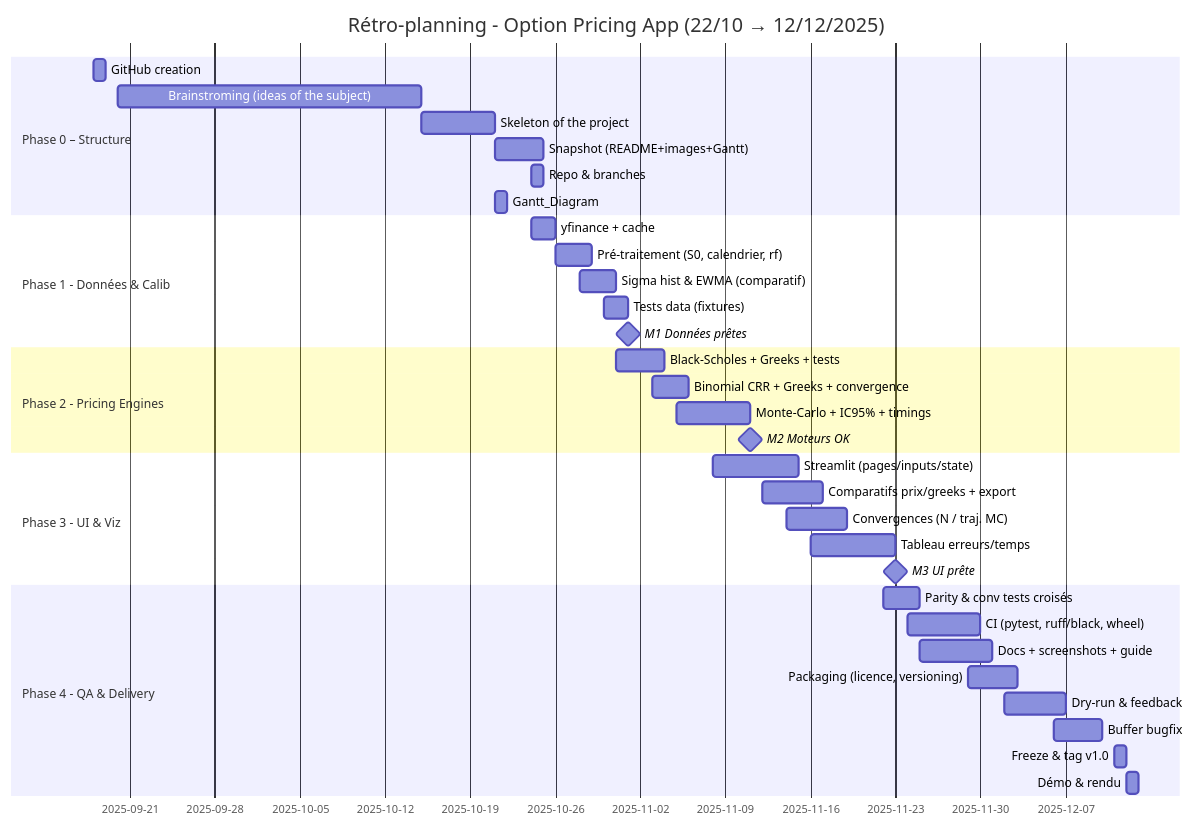
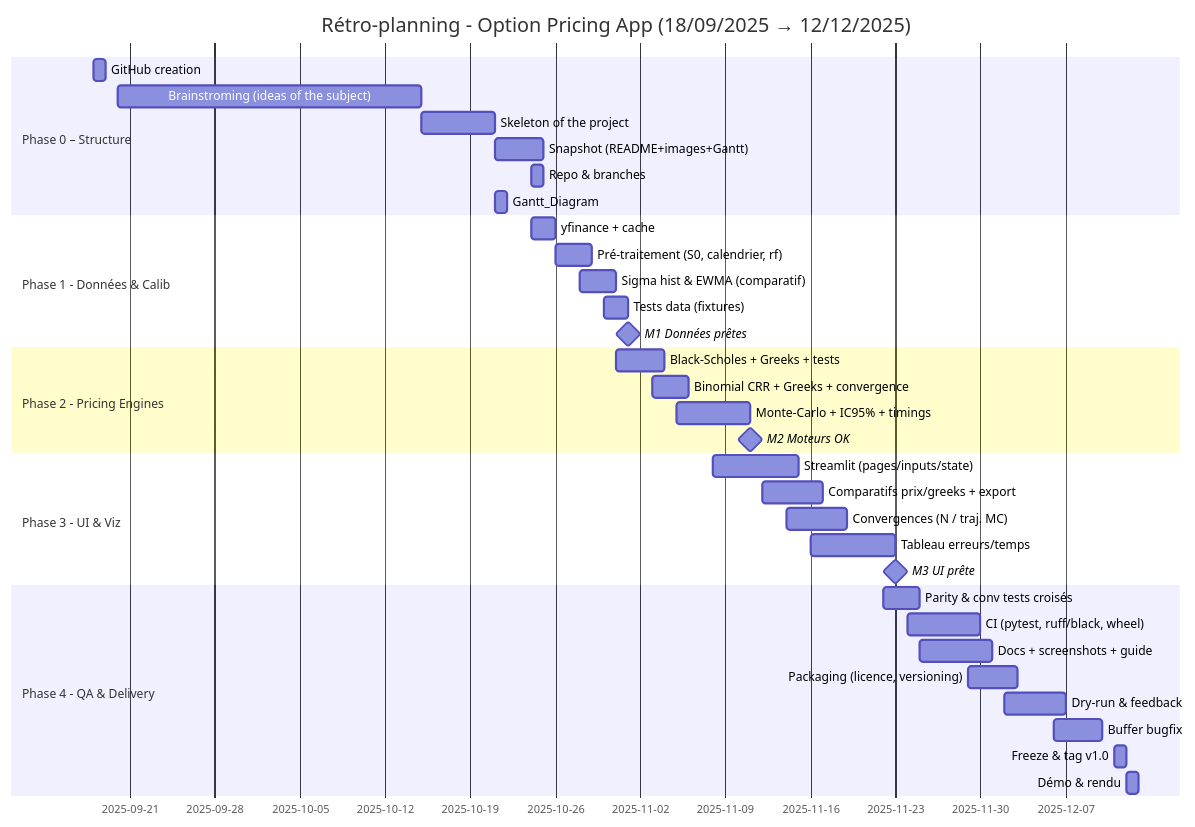
Before and after one commit to Karam-Benameur/stream_options: the diagram in roadmap/Gantt_Diagram.md, drawn with Mermaid. The commit also changed other lines of this file, not shown here.

````diff
--- a/roadmap/Gantt_Diagram.md
+++ b/roadmap/Gantt_Diagram.md
@@ -2,45 +2,45 @@
 ```mermaid
 gantt
-    title Rétro-planning - Option Pricing App (22/10 → 12/12/2025)
+    title Rétro-planning - Option Pricing App (18/09/2025 → 12/12/2025)
     dateFormat  YYYY-MM-DD
 
     section Phase 0 – Structure 
     GitHub creation                     :s1, 2025-09-18, 1d
     Brainstroming (ideas of the subject):s2, 2025-09-20, 25d
     Skeleton of the project             :s3, 2025-10-15, 6d
     Snapshot (README+images+Gantt)      :s4, 2025-10-21, 4d
     Repo & branches                     :s5, 2025-10-24, 1d
     Gantt_Diagram                       :s6, 2025-10-21, 1d
 
     section Phase 1 - Données & Calib
     yfinance + cache                      :p1a, 2025-10-24, 2d
     Pré-traitement (S0, calendrier, rf)   :p1b, 2025-10-26, 3d
     Sigma hist & EWMA (comparatif)        :p1c, 2025-10-28, 3d
     Tests data (fixtures)                 :p1d, 2025-10-30, 2d
     M1 Données prêtes                     :milestone, m1, after p1d, 0d
 
     section Phase 2 - Pricing Engines
     Black-Scholes + Greeks + tests        :p2a, 2025-10-31, 4d
     Binomial CRR + Greeks + convergence   :p2b, 2025-11-03, 3d
     Monte-Carlo + IC95% + timings         :p2c, 2025-11-05, 6d
     M2 Moteurs OK                         :milestone, m2, after p2c, 0d
 
     section Phase 3 - UI & Viz
     Streamlit (pages/inputs/state)        :p3a, 2025-11-08, 7d
     Comparatifs prix/greeks + export      :p3b, 2025-11-12, 5d
     Convergences (N / traj. MC)           :p3c, 2025-11-14, 5d
     Tableau erreurs/temps                 :p3d, 2025-11-16, 7d
     M3 UI prête                           :milestone, m3, after p3d, 0d
 
     section Phase 4 - QA & Delivery
     Parity & conv tests croisés           :p4a, 2025-11-22, 3d
     CI (pytest, ruff/black, wheel)        :p4b, 2025-11-24, 6d
     Docs + screenshots + guide            :p4c, 2025-11-25, 6d
     Packaging (licence, versioning)       :p4d, 2025-11-29, 4d
     Dry-run & feedback                    :p4e, 2025-12-02, 5d
     Buffer bugfix                         :p4f, 2025-12-06, 4d
     Freeze & tag v1.0                     :rel, 2025-12-11, 1d
     Démo & rendu                          :fin, 2025-12-12, 1d
 
 
 ```
````
